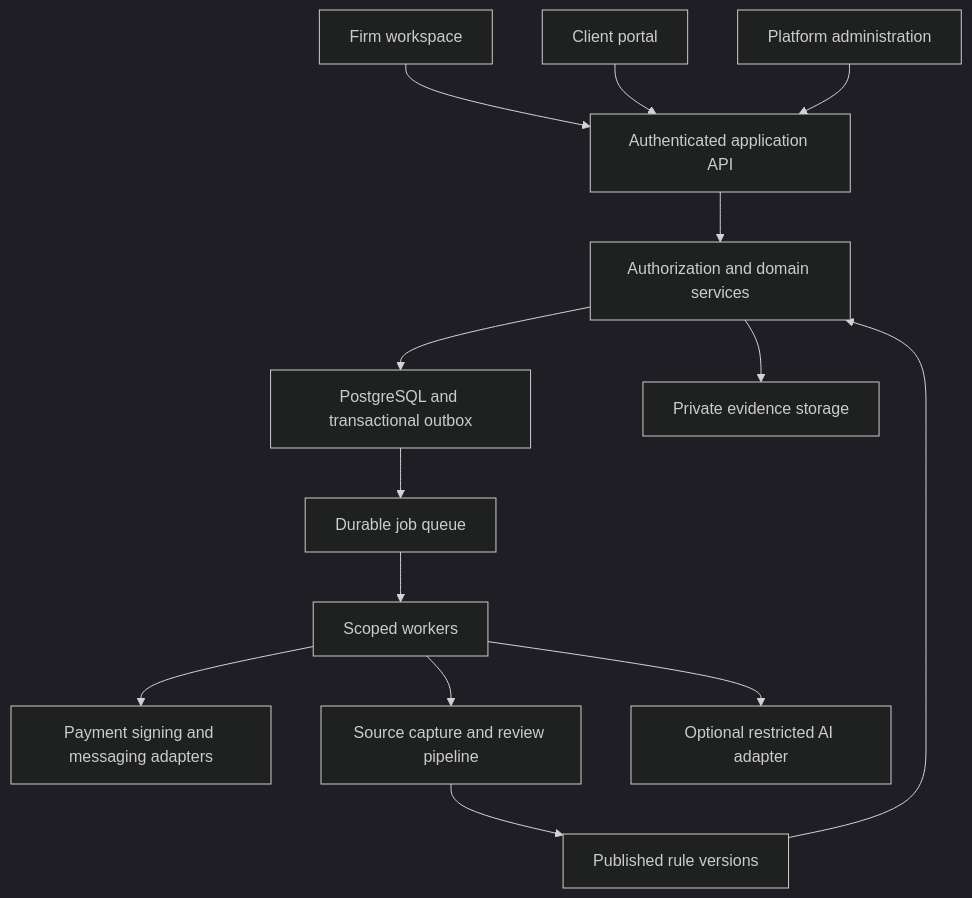
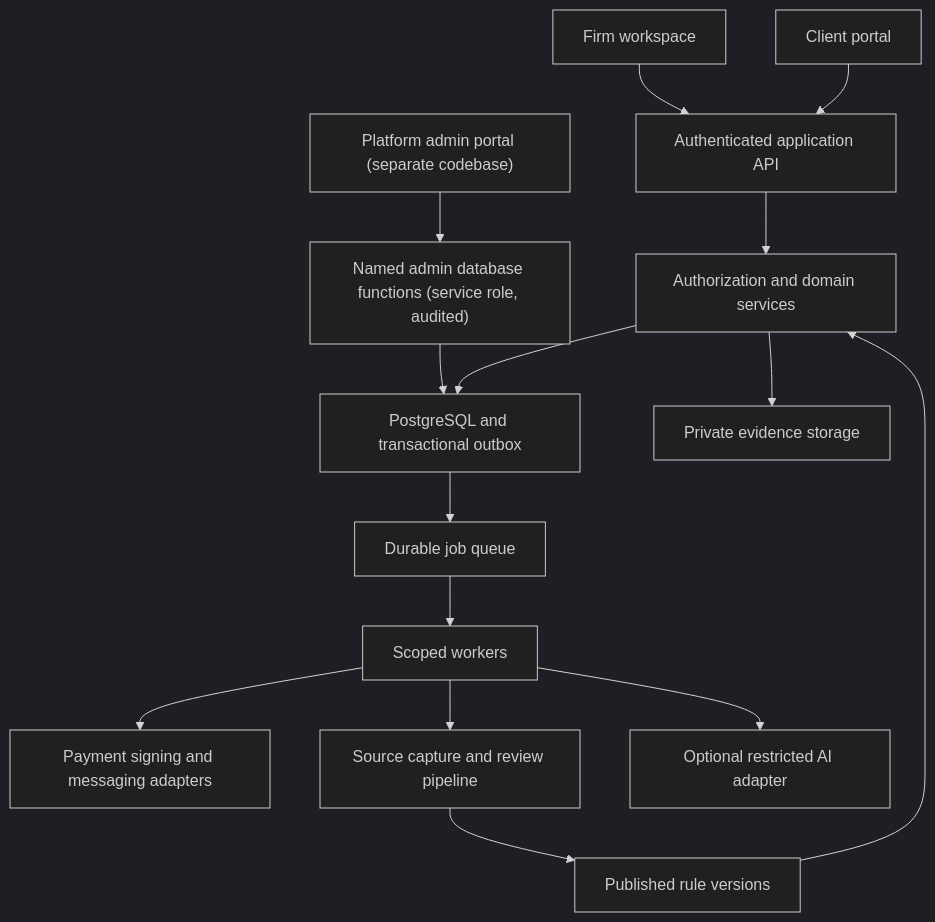
Before and after one commit to alagbefranc/casevoya: the diagram in docs/spec/ARCHITECTURE.md, drawn with Mermaid (dark theme). The commit also changed other lines of this file, not shown here.

Commit message:
docs(architecture): platform admin is a separate portal, not apps/web routes

````diff
--- a/docs/spec/ARCHITECTURE.md
+++ b/docs/spec/ARCHITECTURE.md
@@ -26,16 +26,17 @@
 ```mermaid
 flowchart TD
   Firm["Firm workspace"] --> API["Authenticated application API"]
   Client["Client portal"] --> API
-  Admin["Platform administration"] --> API
+  Admin["Platform admin portal (separate codebase)"] --> AdminFns["Named admin database functions (service role, audited)"]
+  AdminFns --> DB
   API --> Policy["Authorization and domain services"]
   Policy --> DB["PostgreSQL and transactional outbox"]
   Policy --> Files["Private evidence storage"]
   DB --> Jobs["Durable job queue"]
   Jobs --> Workers["Scoped workers"]
   Workers --> Providers["Payment signing and messaging adapters"]
   Workers --> Review["Source capture and review pipeline"]
   Review --> Rules["Published rule versions"]
   Rules --> Policy
   Workers --> AI["Optional restricted AI adapter"]
 ```
````
